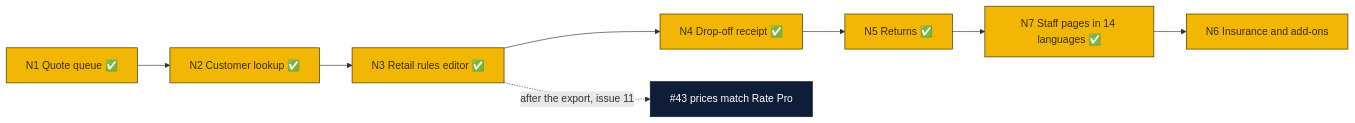
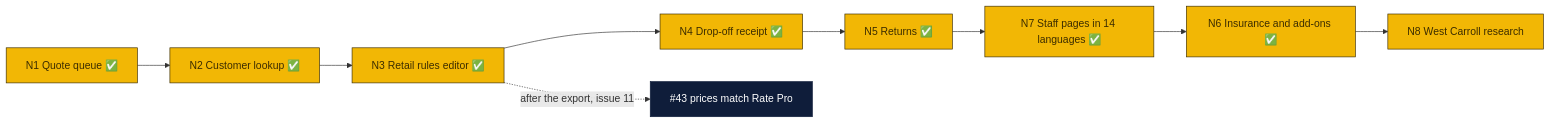
Before and after one commit to wbp318/goin-postal-forsythe: the tenth of 12 diagrams in AGENDA.md, drawn with Mermaid. The commit also changed other lines of this file and 22 other files, not shown here.

First line of the commit message:
PeterShip: insurance and packaging add-ons, one total online and at the POS (N6)

````diff
--- a/AGENDA.md
+++ b/AGENDA.md
@@ -284,9 +285,9 @@
 ```mermaid
 flowchart LR
-  N1["N1 Quote queue ✅"] --> N2["N2 Customer lookup ✅"] --> N3["N3 Retail rules editor ✅"] --> N4["N4 Drop-off receipt ✅"] --> N5["N5 Returns ✅"] --> N7["N7 Staff pages in 14 languages ✅"] --> N6["N6 Insurance and add-ons"]
+  N1["N1 Quote queue ✅"] --> N2["N2 Customer lookup ✅"] --> N3["N3 Retail rules editor ✅"] --> N4["N4 Drop-off receipt ✅"] --> N5["N5 Returns ✅"] --> N7["N7 Staff pages in 14 languages ✅"] --> N6["N6 Insurance and add-ons ✅"] --> N8["N8 West Carroll research"]
   N3 -.->|"after the export, issue 11"| R["#43 prices match Rate Pro"]
   classDef store fill:#f2b705,stroke:#3b2c00,color:#3b2c00
   classDef cloud fill:#0f1d3a,stroke:#0f1d3a,color:#ffffff
-  class N1,N2,N3,N4,N5,N6,N7 store
+  class N1,N2,N3,N4,N5,N6,N7,N8 store
   class R cloud
 ```
````
